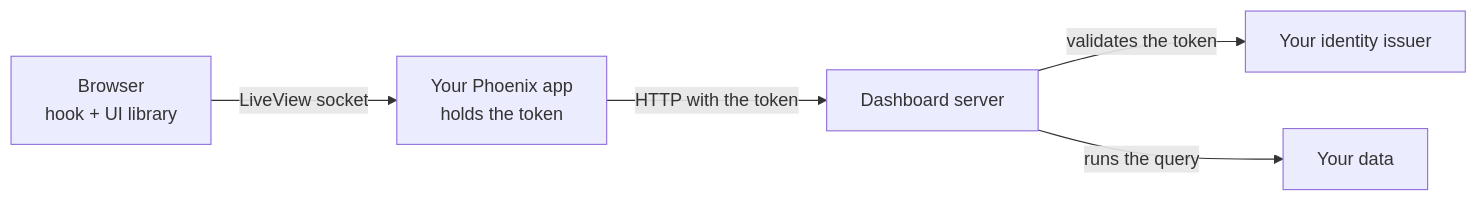
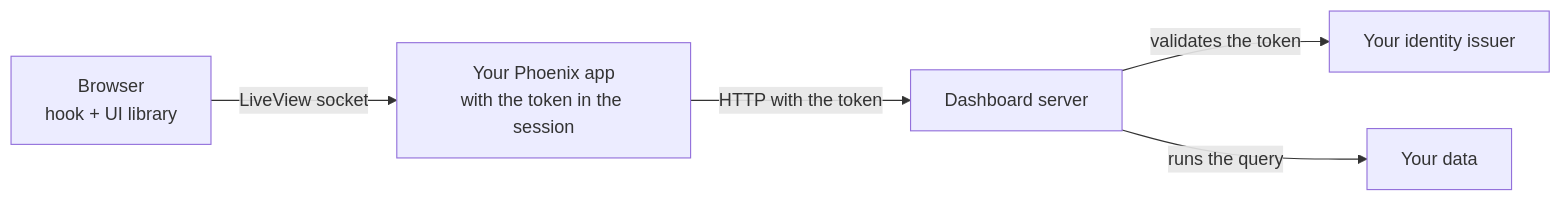
One commit to microboxlabs/modulariot changed the diagram in turbo-repo/apps/docs/content/en/products/dashboards/tutorials/embed-in-phoenix-liveview.mdx. Above: the diagram before and after it, drawn with Mermaid. The commit also changed other lines of this file and 1 other file, not shown here.

First line of the commit message:
docs(dashboards): LiveView review fixes

````diff
--- a/turbo-repo/apps/docs/content/en/products/dashboards/tutorials/embed-in-phoenix-liveview.mdx
+++ b/turbo-repo/apps/docs/content/en/products/dashboards/tutorials/embed-in-phoenix-liveview.mdx
@@ -19,7 +13,7 @@
 ```mermaid
 flowchart LR
-  B[Browser<br/>hook + UI library] -- "LiveView socket" --> P[Your Phoenix app<br/>holds the token]
+  B[Browser<br/>hook + UI library] -- "LiveView socket" --> P[Your Phoenix app<br/>with the token in the session]
   P -- "HTTP with the token" --> S[Dashboard server]
   S -- "validates the token" --> I[Your identity issuer]
   S -- "runs the query" --> D[Your data]
 ```
````
